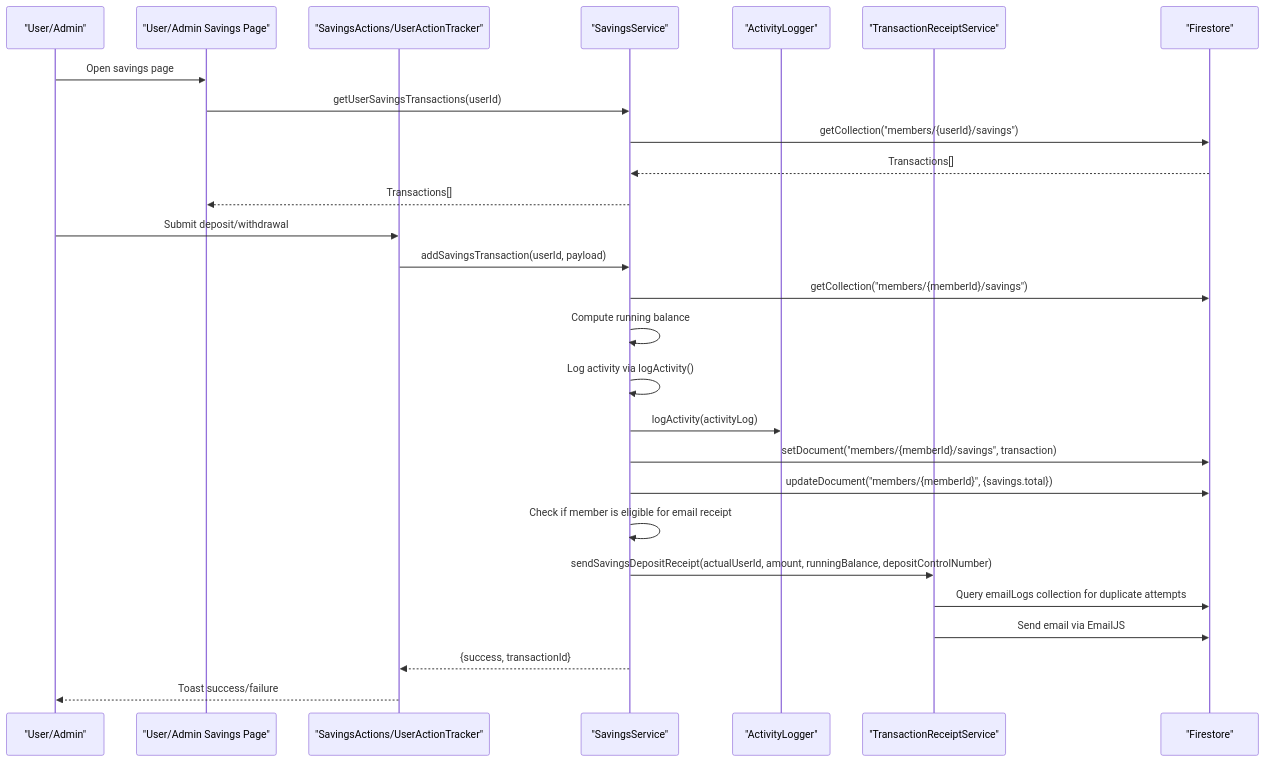
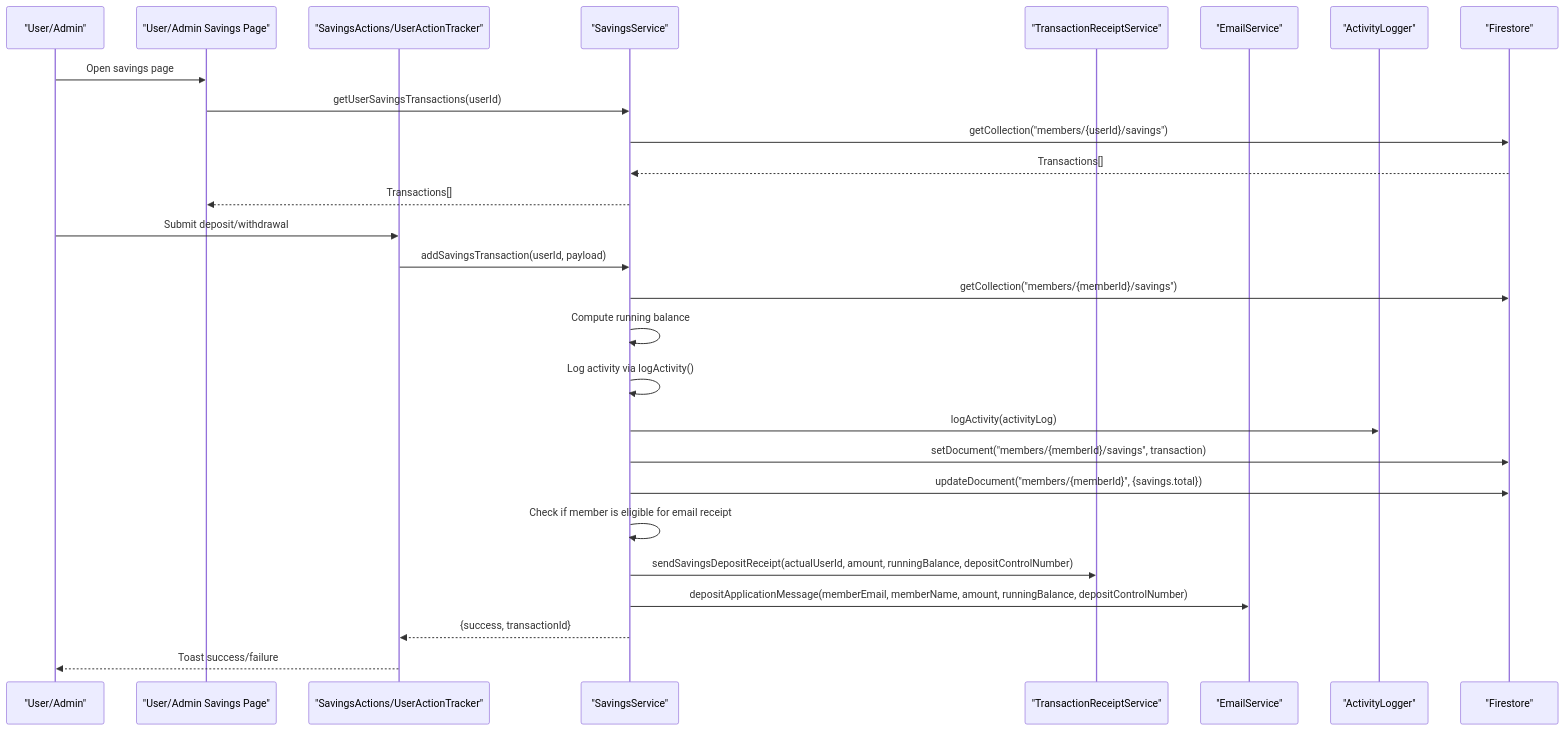
Before and after one commit to Unsure-bry/sampacoop_system: the second of 22 diagrams in .qoder/repowiki/en/content/Savings Management System/Savings Management System.md, drawn with Mermaid. The commit also changed other lines of this file and 12 other files, not shown here.

````diff
--- a/.qoder/repowiki/en/content/Savings Management System/Savings Management System.md
+++ b/.qoder/repowiki/en/content/Savings Management System/Savings Management System.md
@@ -171,29 +185,29 @@
 ```mermaid
 sequenceDiagram
 participant U as "User/Admin"
 participant UI as "User/Admin Savings Page"
 participant SA as "SavingsActions/UserActionTracker"
 participant SS as "SavingsService"
+participant TRS as "TransactionReceiptService"
+participant ES as "EmailService"
 participant AL as "ActivityLogger"
-participant TRS as "TransactionReceiptService"
 participant FS as "Firestore"
 U->>UI : Open savings page
 UI->>SS : getUserSavingsTransactions(userId)
 SS->>FS : getCollection("members/{userId}/savings")
 FS-->>SS : Transactions[]
 SS-->>UI : Transactions[]
 U->>SA : Submit deposit/withdrawal
 SA->>SS : addSavingsTransaction(userId, payload)
 SS->>FS : getCollection("members/{memberId}/savings")
 SS->>SS : Compute running balance
 SS->>SS : Log activity via logActivity()
 SS->>AL : logActivity(activityLog)
 SS->>FS : setDocument("members/{memberId}/savings", transaction)
 SS->>FS : updateDocument("members/{memberId}", {savings.total})
 SS->>SS : Check if member is eligible for email receipt
 SS->>TRS : sendSavingsDepositReceipt(actualUserId, amount, runningBalance, depositControlNumber)
-TRS->>FS : Query emailLogs collection for duplicate attempts
-TRS->>FS : Send email via EmailJS
+SS->>ES : depositApplicationMessage(memberEmail, memberName, amount, runningBalance, depositControlNumber)
 SS-->>SA : {success, transactionId}
 SA-->>U : Toast success/failure
 ```
````
